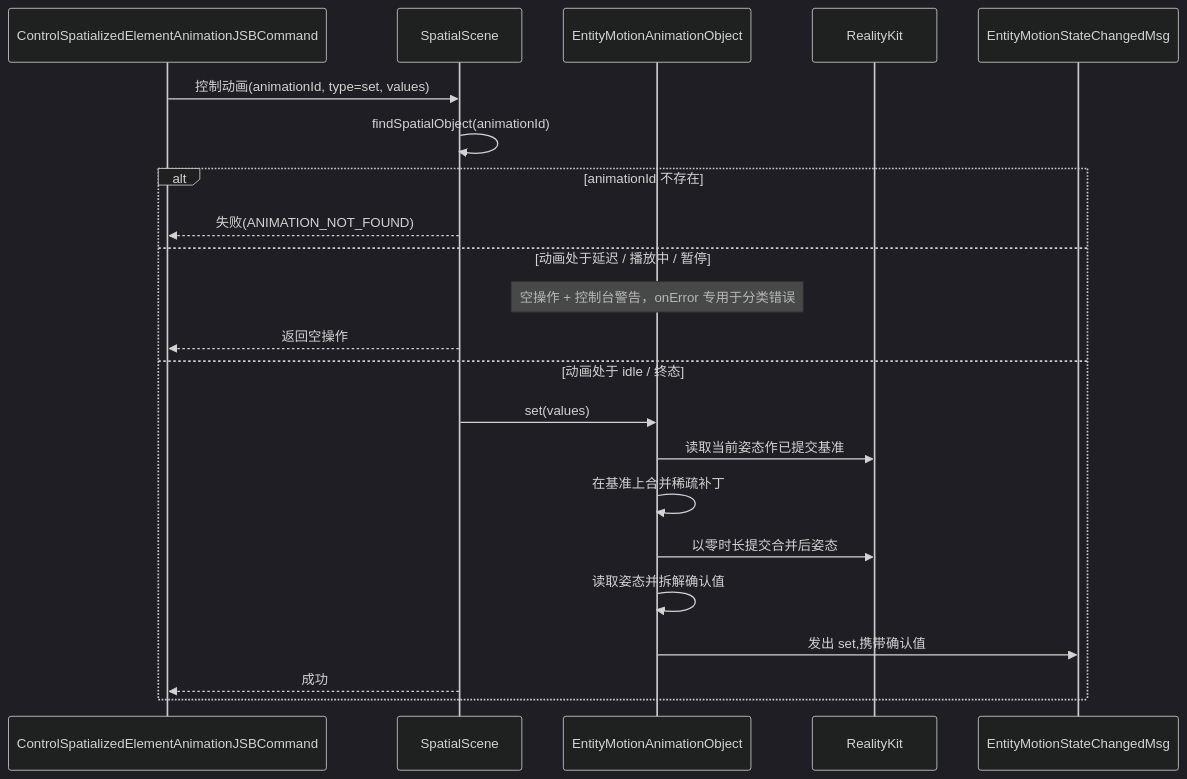
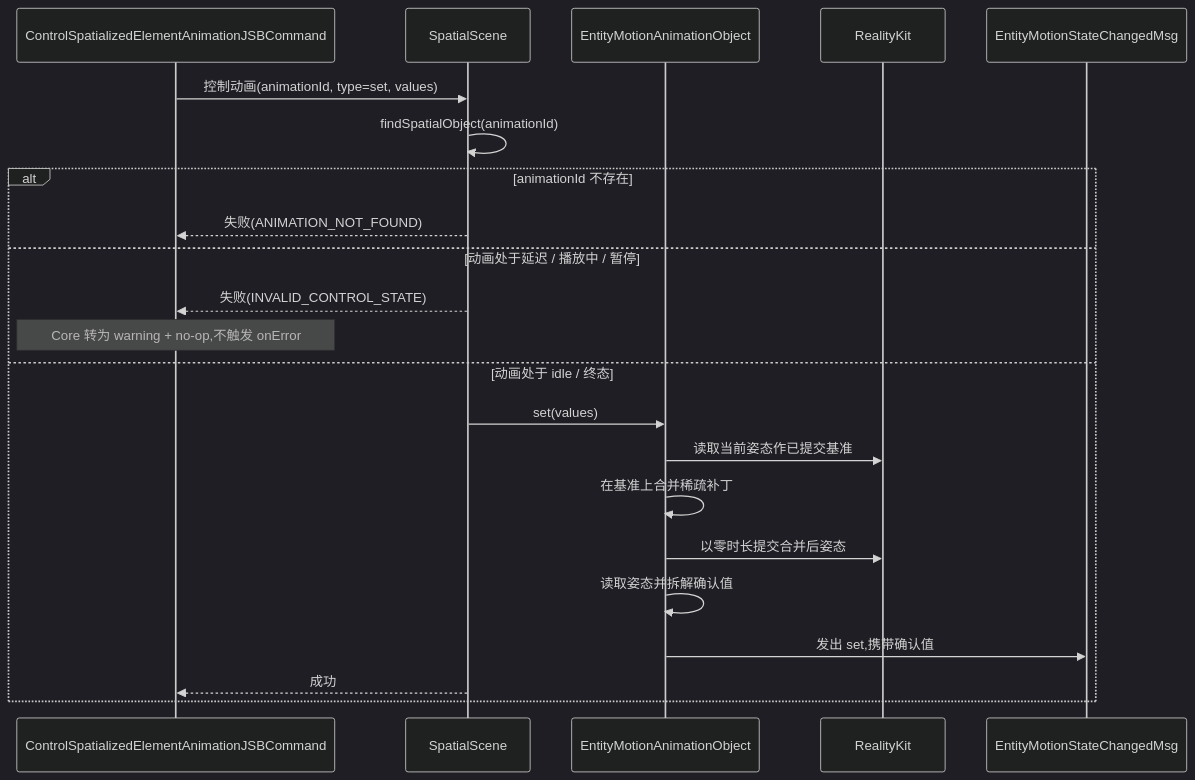
One commit to webspatial/webspatial-sdk changed diagram 14 of 14 in openspec/changes/redesign-entity-motion-api/design.zh.md. Above: the diagram before and after it, drawn with Mermaid (dark theme). The commit also changed other lines of this file and 3 other files, not shown here.

````diff
--- a/openspec/changes/redesign-entity-motion-api/design.zh.md
+++ b/openspec/changes/redesign-entity-motion-api/design.zh.md
@@ -1097,25 +1097,25 @@
 ```mermaid
 sequenceDiagram
     participant JSB as ControlSpatializedElementAnimationJSBCommand
     participant Scene as SpatialScene
     participant Obj as EntityMotionAnimationObject
     participant RK as RealityKit
     participant Event as EntityMotionStateChangedMsg
 
     JSB->>Scene: 控制动画(animationId, type=set, values)
     Scene->>Scene: findSpatialObject(animationId)
     alt animationId 不存在
         Scene-->>JSB: 失败(ANIMATION_NOT_FOUND)
     else 动画处于延迟 / 播放中 / 暂停
-        Note over Obj: 空操作 + 控制台警告，onError 专用于分类错误
-        Scene-->>JSB: 返回空操作
+        Scene-->>JSB: 失败(INVALID_CONTROL_STATE)
+        Note over JSB: Core 转为 warning + no-op,不触发 onError
     else 动画处于 idle / 终态
         Scene->>Obj: set(values)
         Obj->>RK: 读取当前姿态作已提交基准
         Obj->>Obj: 在基准上合并稀疏补丁
         Obj->>RK: 以零时长提交合并后姿态
         Obj->>Obj: 读取姿态并拆解确认值
         Obj->>Event: 发出 set,携带确认值
         Scene-->>JSB: 成功
     end
 ```
````
